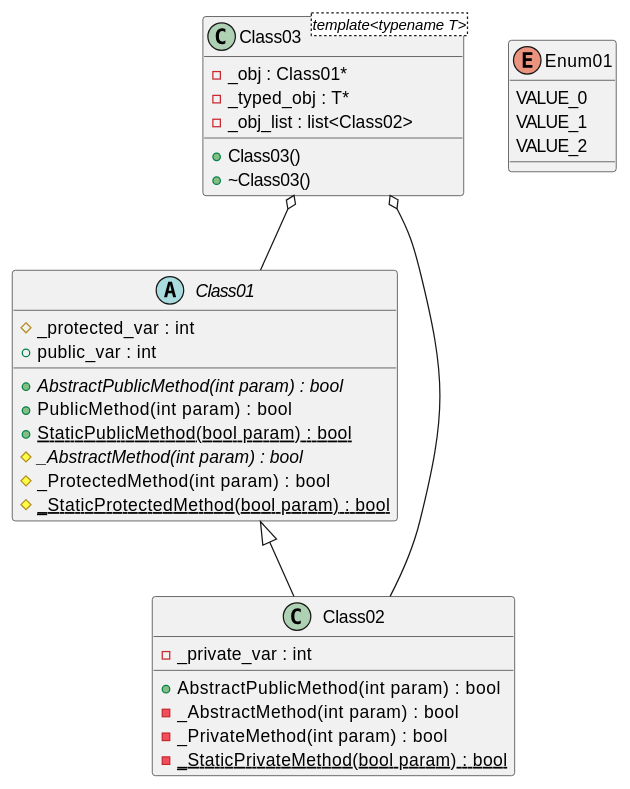
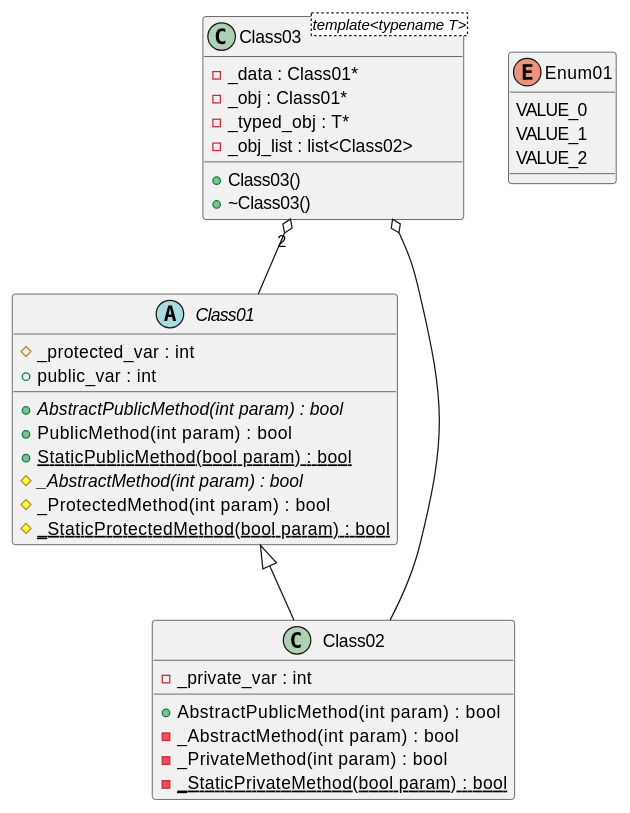
Before and after one commit to thibaultmarin/hpp2plantuml: the diagram in hpp2plantuml.org, drawn with PlantUML. The commit also changed other lines of this file, not shown here.

```diff
--- a/hpp2plantuml.org
+++ b/hpp2plantuml.org
@@ -1820,41 +1920,42 @@
 #+BEGIN_SRC plantuml :mkdirp yes :tangle tests/simple_classes.puml
 @startuml
 abstract class Class01 {
 	+{abstract} AbstractPublicMethod(int param) : bool
 	+PublicMethod(int param) : bool
 	+{static} StaticPublicMethod(bool param) : bool
 	#{abstract} _AbstractMethod(int param) : bool
 	#_ProtectedMethod(int param) : bool
 	#{static} _StaticProtectedMethod(bool param) : bool
 	#_protected_var : int
 	+public_var : int
 }
 
 class Class02 {
 	+AbstractPublicMethod(int param) : bool
 	-_AbstractMethod(int param) : bool
 	-_PrivateMethod(int param) : bool
 	-{static} _StaticPrivateMethod(bool param) : bool
 	-_private_var : int
 }
 
 class Class03 <template<typename T>> {
 	+Class03()
 	+~Class03()
+	-_data : Class01*
 	-_obj : Class01*
 	-_typed_obj : T*
 	-_obj_list : list<Class02>
 }
 
 enum Enum01 {
 	VALUE_0
 	VALUE_1
 	VALUE_2
 }
 
 Class01 <|-- Class02
-Class03  o-- Class01
-Class03  o-- Class02
+Class03 "2" o-- Class01
+Class03 o-- Class02
 
 @enduml
 #+END_SRC
```
